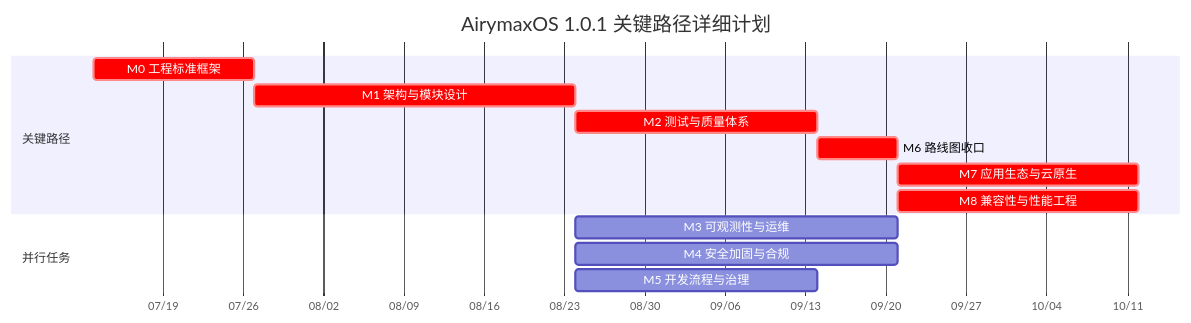
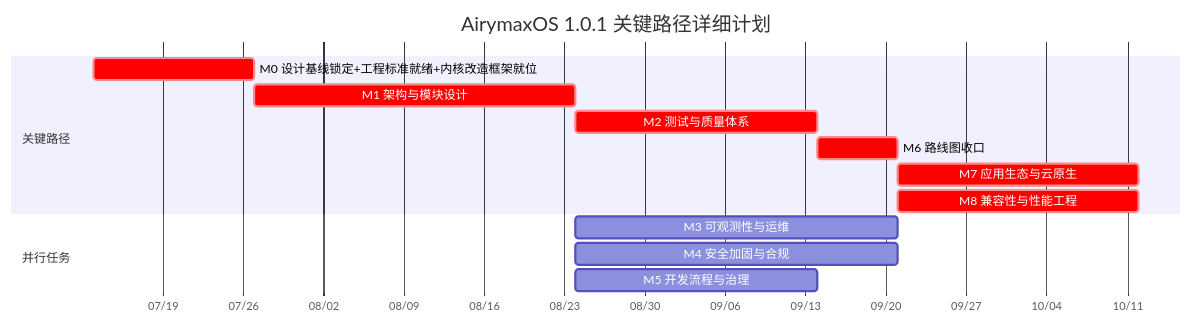
The third of 4 diagrams in agentrt-linux/agentrt-linux开发路线和进度.md (openairymax/docs-closed), drawn with Mermaid before and after one commit. The commit also changed other lines of this file and 5 other files, not shown here.

````diff
--- a/agentrt-linux/agentrt-linux开发路线和进度.md
+++ b/agentrt-linux/agentrt-linux开发路线和进度.md
@@ -846,19 +848,19 @@
 ```mermaid
 gantt
     title AirymaxOS 1.0.1 关键路径详细计划
     dateFormat  YYYY-MM-DD
     axisFormat  %m/%d
 
     section 关键路径
-    M0 工程标准框架            :crit, m0, 2026-07-13, 14d
+    M0 设计基线锁定+工程标准就绪+内核改造框架就位            :crit, m0, 2026-07-13, 14d
     M1 架构与模块设计          :crit, m1, after m0, 28d
     M2 测试与质量体系          :crit, m2, after m1, 21d
     M6 路线图收口              :crit, m6, after m2, 7d
     M7 应用生态与云原生        :crit, m7, after m6, 21d
     M8 兼容性与性能工程        :crit, m8, after m6, 21d
 
     section 并行任务
     M3 可观测性与运维          :m3, after m1, 28d
     M4 安全加固与合规          :m4, after m1, 28d
     M5 开发流程与治理          :m5, after m1, 21d
 ```
````
